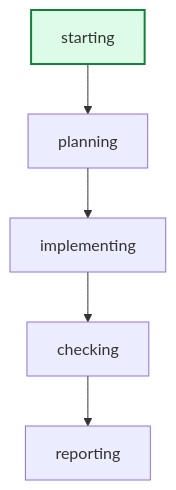
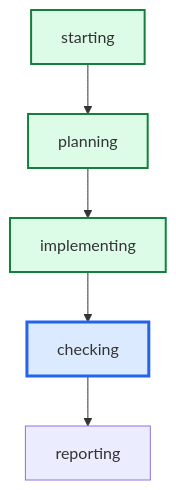
Before and after one commit to daniell0gda/hermes-feature-check-dashboard: the diagram in runs/r82-porter-broad-sweep/graph.mmd, drawn with Mermaid. The commit also changed 5 other files, not shown here.

```diff
--- a/runs/r82-porter-broad-sweep/graph.mmd
+++ b/runs/r82-porter-broad-sweep/graph.mmd
@@ -1,10 +1,13 @@
 graph TD
     starting --> planning
     planning --> implementing
     implementing --> checking
     checking --> reporting
 
 classDef done fill:#dcfce7,stroke:#15803d,stroke-width:2px;
 classDef active fill:#dbeafe,stroke:#2563eb,stroke-width:3px;
 classDef failed fill:#fee2e2,stroke:#b42318,stroke-width:2px;
+class checking active;
 class starting done;
+class planning done;
+class implementing done;
```
